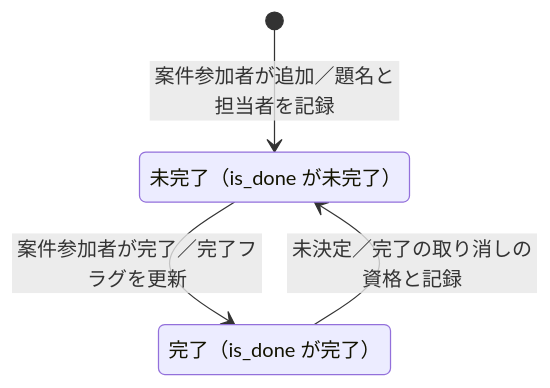
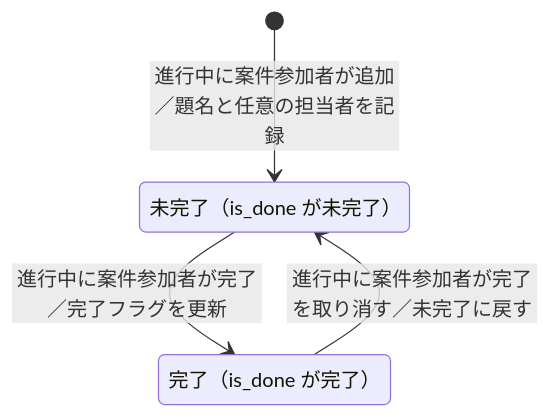
The fifth of 7 diagrams in docs/requirements/state-transitions.md (yamamotonaoki3/internal-system), drawn with Mermaid before and after one commit. The commit also changed other lines of this file and 9 other files, not shown here.

````diff
--- a/docs/requirements/state-transitions.md
+++ b/docs/requirements/state-transitions.md
@@ -126,8 +141,8 @@
 ```mermaid
 stateDiagram-v2
     state "未完了（is_done が未完了）" as TodoOpen
     state "完了（is_done が完了）" as TodoDone
-    [*] --> TodoOpen: 案件参加者が追加／題名と担当者を記録
-    TodoOpen --> TodoDone: 案件参加者が完了／完了フラグを更新
-    TodoDone --> TodoOpen: 未決定／完了の取り消しの資格と記録
+    [*] --> TodoOpen: 進行中に案件参加者が追加／題名と任意の担当者を記録
+    TodoOpen --> TodoDone: 進行中に案件参加者が完了／完了フラグを更新
+    TodoDone --> TodoOpen: 進行中に案件参加者が完了を取り消す／未完了に戻す
 ```
````
